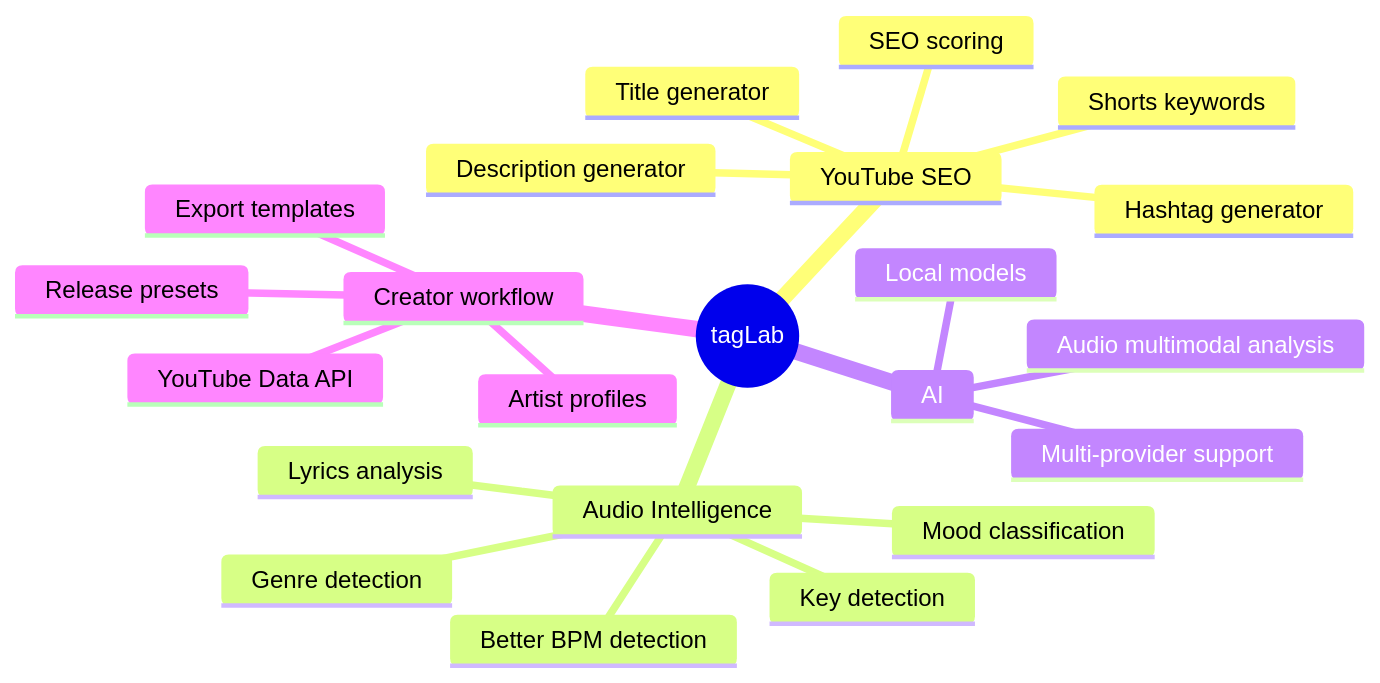
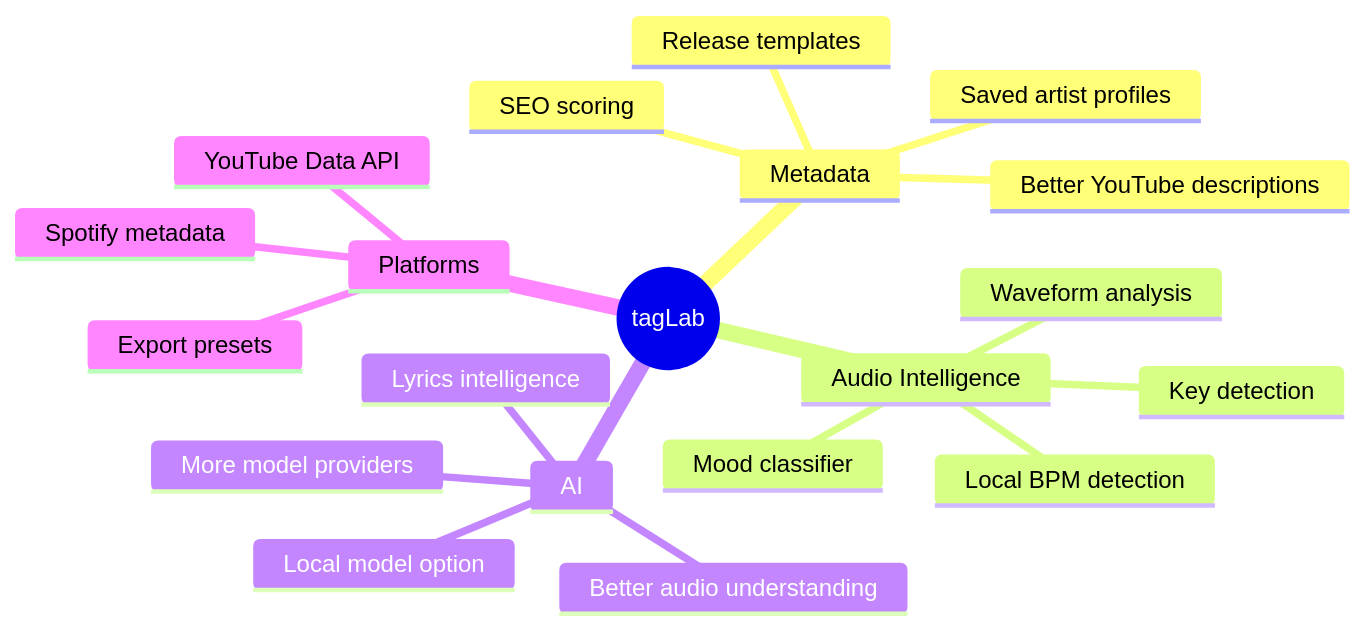
The sixth of 6 diagrams in README.md (DissidentAI/tagLab-), drawn with Mermaid before and after one commit. The commit also changed other lines of this file, not shown here.

Commit message:
docs: rewrite README from current application architecture

````diff
--- a/README.md
+++ b/README.md
@@ -324,25 +643,23 @@
 ```mermaid
 mindmap
   root((tagLab))
-    YouTube SEO
-      Title generator
-      Description generator
-      Hashtag generator
+    Metadata
+      Better YouTube descriptions
+      Release templates
       SEO scoring
-      Shorts keywords
+      Saved artist profiles
     Audio Intelligence
-      Better BPM detection
+      Local BPM detection
       Key detection
-      Mood classification
-      Genre detection
-      Lyrics analysis
+      Waveform analysis
+      Mood classifier
     AI
-      Multi-provider support
-      Local models
-      Audio multimodal analysis
-    Creator workflow
-      Artist profiles
-      Release presets
-      Export templates
+      More model providers
+      Local model option
+      Better audio understanding
+      Lyrics intelligence
+    Platforms
       YouTube Data API
+      Spotify metadata
+      Export presets
 ```
````
